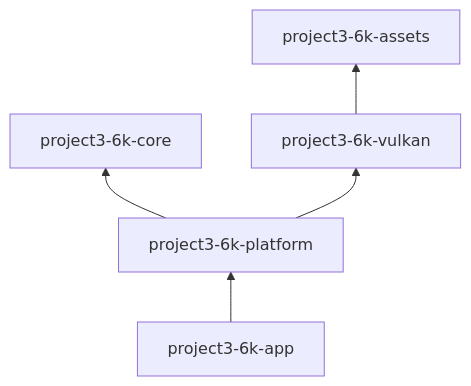
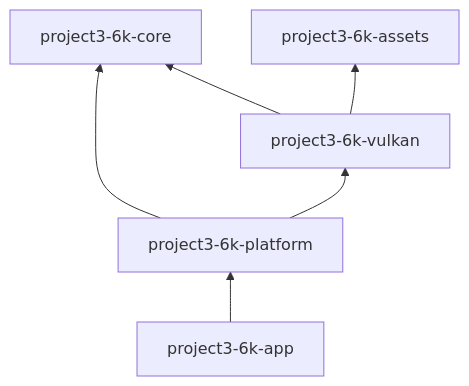
One commit to LarpingAgent/Project3.6k changed the diagram in docs/architecture/module-dependencies.md. Above: the diagram before and after it, drawn with Mermaid. The commit also changed other lines of this file and 7 other files, not shown here.

Commit message:
docs(architecture): audit foundation and define phase roadmap

````diff
--- a/docs/architecture/module-dependencies.md
+++ b/docs/architecture/module-dependencies.md
@@ -13,12 +13,13 @@
 ```mermaid
 flowchart BT
+  app[project3-6k-app]
+  platform[project3-6k-platform]
   core[project3-6k-core]
   assets[project3-6k-assets]
   vulkan[project3-6k-vulkan]
-  platform[project3-6k-platform]
-  app[project3-6k-app]
   platform --> core
   platform --> vulkan
+  vulkan --> core
   vulkan --> assets
   app --> platform
 ```
````
